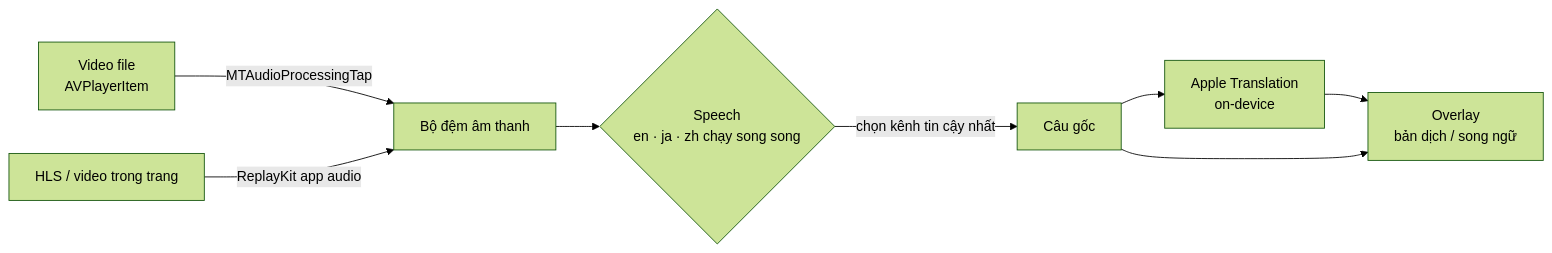
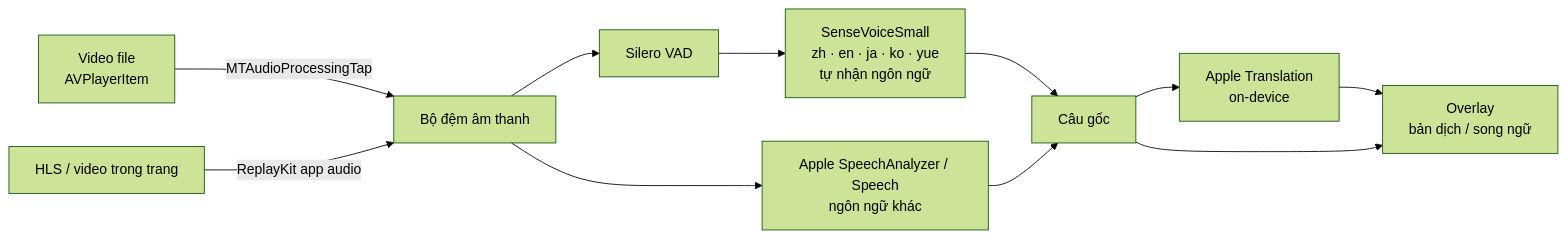
The first of 2 diagrams in README.md (leduyphuc1702/FAbrowser), drawn with Mermaid (forest theme) before and after one commit. The commit also changed other lines of this file and 16 other files, not shown here.

Commit message:
Live subtitles: SenseVoiceSmall offline engine (zh/en/ja/ko/yue), fast language detection, sentence captions, iOS 26 SpeechAnalyzer

````diff
--- a/README.md
+++ b/README.md
@@ -182,10 +185,12 @@
 ```mermaid
 flowchart LR
     A[Video file<br/>AVPlayerItem] -->|MTAudioProcessingTap| C
     B[HLS / video trong trang] -->|ReplayKit app audio| C
-    C[Bộ đệm âm thanh] --> D{Speech<br/>en · ja · zh chạy song song}
-    D -->|chọn kênh tin cậy nhất| E[Câu gốc]
+    C[Bộ đệm âm thanh] --> V[Silero VAD] --> S[SenseVoiceSmall<br/>zh · en · ja · ko · yue<br/>tự nhận ngôn ngữ]
+    C --> D[Apple SpeechAnalyzer / Speech<br/>ngôn ngữ khác]
+    S --> E[Câu gốc]
+    D --> E
     E --> F[Apple Translation<br/>on-device]
     F --> G[Overlay<br/>bản dịch / song ngữ]
     E --> G
 ```
````
